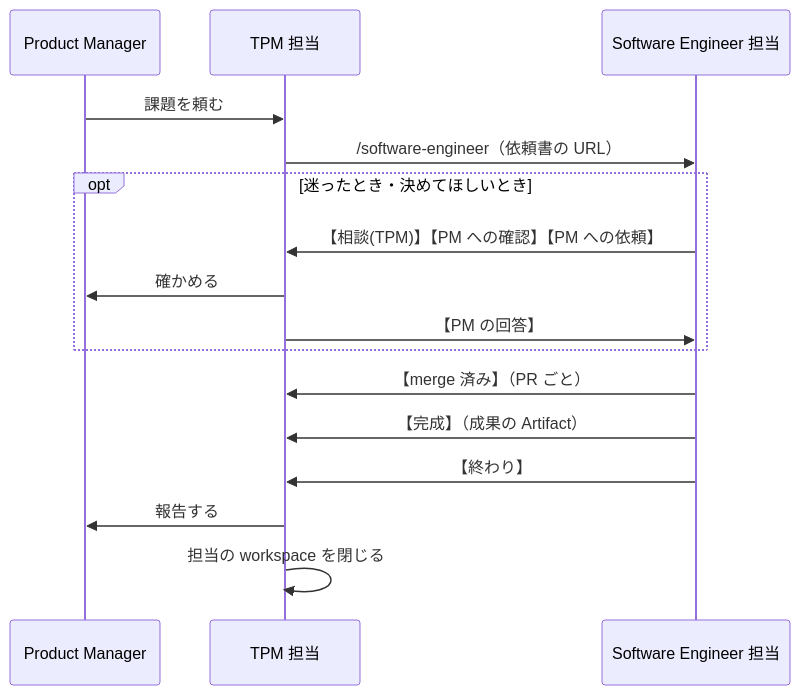
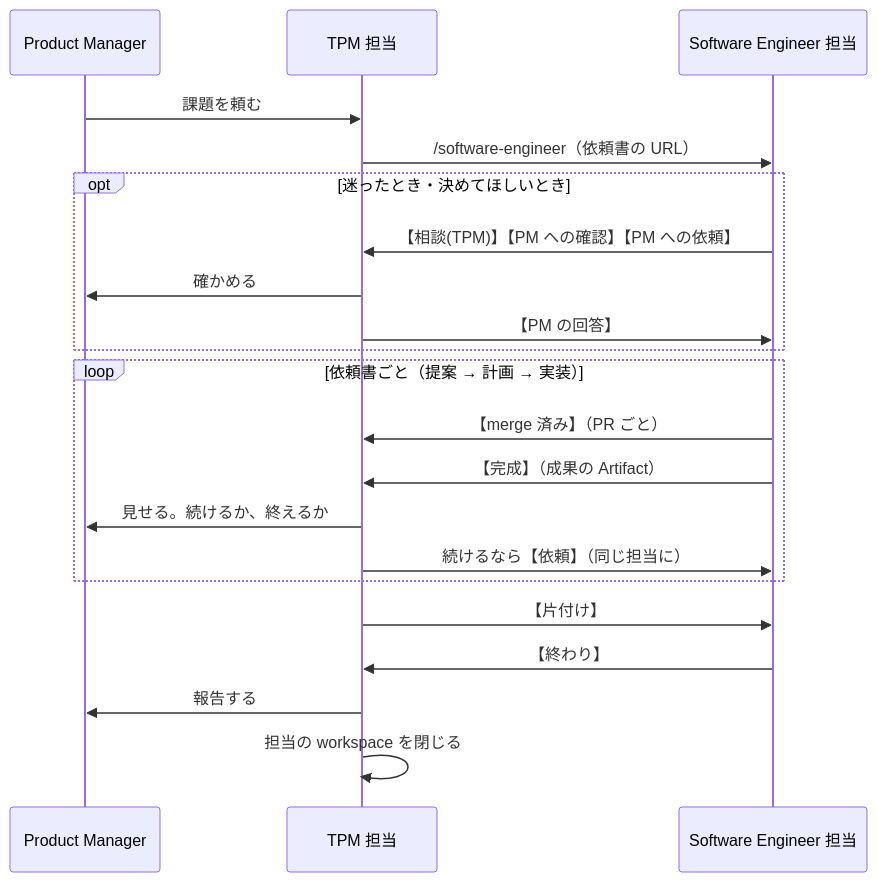
The diagram in docs-site/src/content/docs/protocol.md (uraitakahito/roster), drawn with Mermaid before and after one commit. The commit also changed 6 other files, not shown here.

````diff
--- a/docs-site/src/content/docs/protocol.md
+++ b/docs-site/src/content/docs/protocol.md
@@ -20,18 +20,23 @@
 ```mermaid
 sequenceDiagram
   participant PM as Product Manager
   participant TPM as TPM 担当
   participant SE as Software Engineer 担当
   PM->>TPM: 課題を頼む
   TPM->>SE: /software-engineer（依頼書の URL）
   opt 迷ったとき・決めてほしいとき
     SE->>TPM: 【相談(TPM)】【PM への確認】【PM への依頼】
     TPM->>PM: 確かめる
     TPM->>SE: 【PM の回答】
   end
-  SE->>TPM: 【merge 済み】（PR ごと）
-  SE->>TPM: 【完成】（成果の Artifact）
+  loop 依頼書ごと（提案 → 計画 → 実装）
+    SE->>TPM: 【merge 済み】（PR ごと）
+    SE->>TPM: 【完成】（成果の Artifact）
+    TPM->>PM: 見せる。続けるか、終えるか
+    TPM->>SE: 続けるなら【依頼】（同じ担当に）
+  end
+  TPM->>SE: 【片付け】
   SE->>TPM: 【終わり】
   TPM->>PM: 報告する
   TPM->>TPM: 担当の workspace を閉じる
 ```
````
